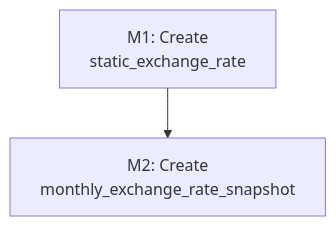
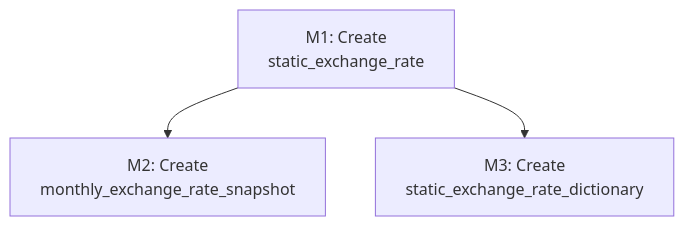
The diagram in docs/architecture/constant-currency/data-model.md (project-koku/koku), drawn with Mermaid before and after one commit. The commit also changed other lines of this file and 4 other files, not shown here.

First line of the commit message:
COST-7252: add StaticExchangeRateDictionary to architecture docs

````diff
--- a/docs/architecture/constant-currency/data-model.md
+++ b/docs/architecture/constant-currency/data-model.md
@@ -136,4 +182,5 @@
 ```mermaid
 graph TD
     M1["M1: Create<br/>static_exchange_rate"] --> M2["M2: Create<br/>monthly_exchange_rate_snapshot"]
+    M1 --> M3["M3: Create<br/>static_exchange_rate_dictionary"]
 ```
````
